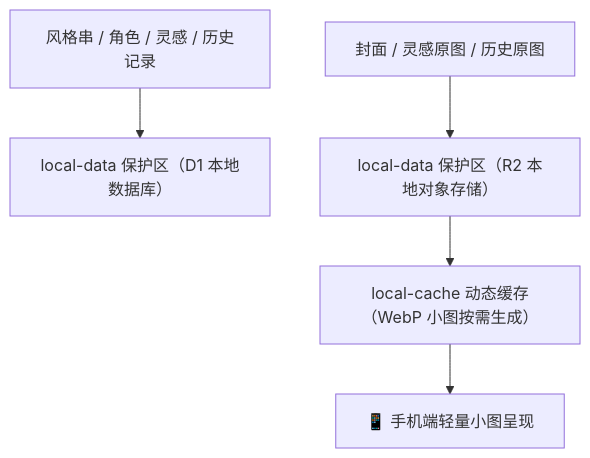
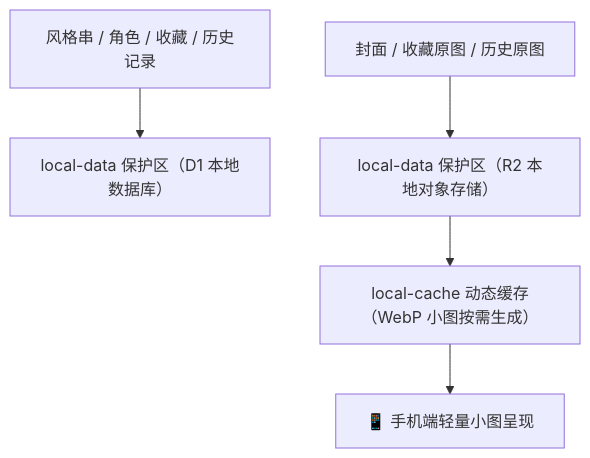
The second of 2 diagrams in README.md (HelloQun54321/nai-atelier), drawn with Mermaid before and after one commit. The commit also changed other lines of this file and 41 other files, not shown here.

````diff
--- a/README.md
+++ b/README.md
@@ -332,7 +333,7 @@
 ```mermaid
 flowchart TD
-    A["风格串 / 角色 / 灵感 / 历史记录"] --> D["local-data 保护区（D1 本地数据库）"]
-    B["封面 / 灵感原图 / 历史原图"] --> R["local-data 保护区（R2 本地对象存储）"]
+    A["风格串 / 角色 / 收藏 / 历史记录"] --> D["local-data 保护区（D1 本地数据库）"]
+    B["封面 / 收藏原图 / 历史原图"] --> R["local-data 保护区（R2 本地对象存储）"]
     R --> T["local-cache 动态缓存（WebP 小图按需生成）"]
     T --> M["📱 手机端轻量小图呈现"]
 ```
````
